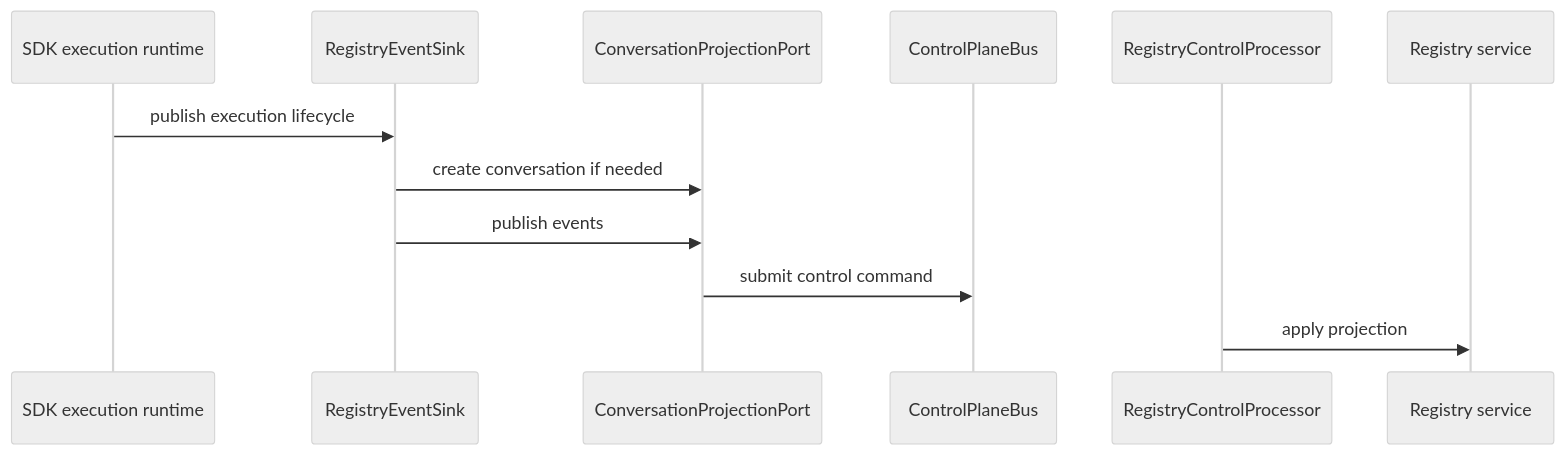
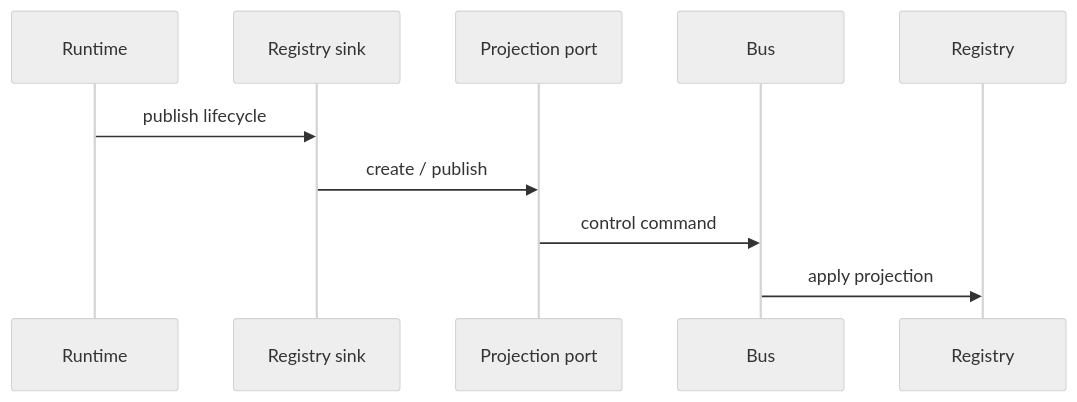
Before and after one commit to privacynow/octopus: the fourth of 5 diagrams in ARCHITECTURE.md, drawn with Mermaid (neutral theme). The commit also changed other lines of this file, not shown here.

Commit message:
Update architecture documentation

````diff
--- a/ARCHITECTURE.md
+++ b/ARCHITECTURE.md
@@ -271,15 +336,13 @@
 ```mermaid
 sequenceDiagram
-    participant Exec as SDK execution runtime
-    participant Sink as RegistryEventSink
-    participant Port as ConversationProjectionPort
-    participant Bus as ControlPlaneBus
-    participant Proc as RegistryControlProcessor
-    participant Reg as Registry service
+    participant X as Runtime
+    participant S as Registry sink
+    participant P as Projection port
+    participant B as Bus
+    participant R as Registry
 
-    Exec->>Sink: publish execution lifecycle
-    Sink->>Port: create conversation if needed
-    Sink->>Port: publish events
-    Port->>Bus: submit control command
-    Proc->>Reg: apply projection
+    X->>S: publish lifecycle
+    S->>P: create / publish
+    P->>B: control command
+    B->>R: apply projection
 ```
````
